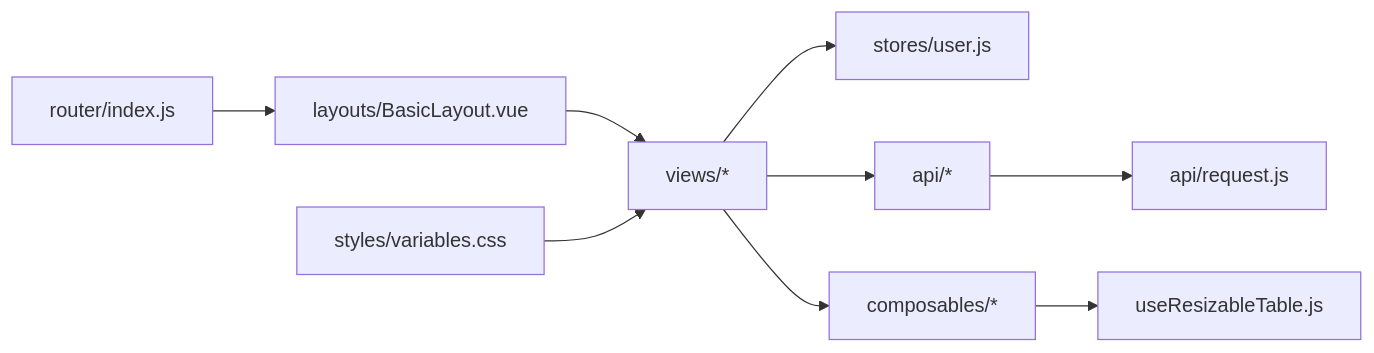
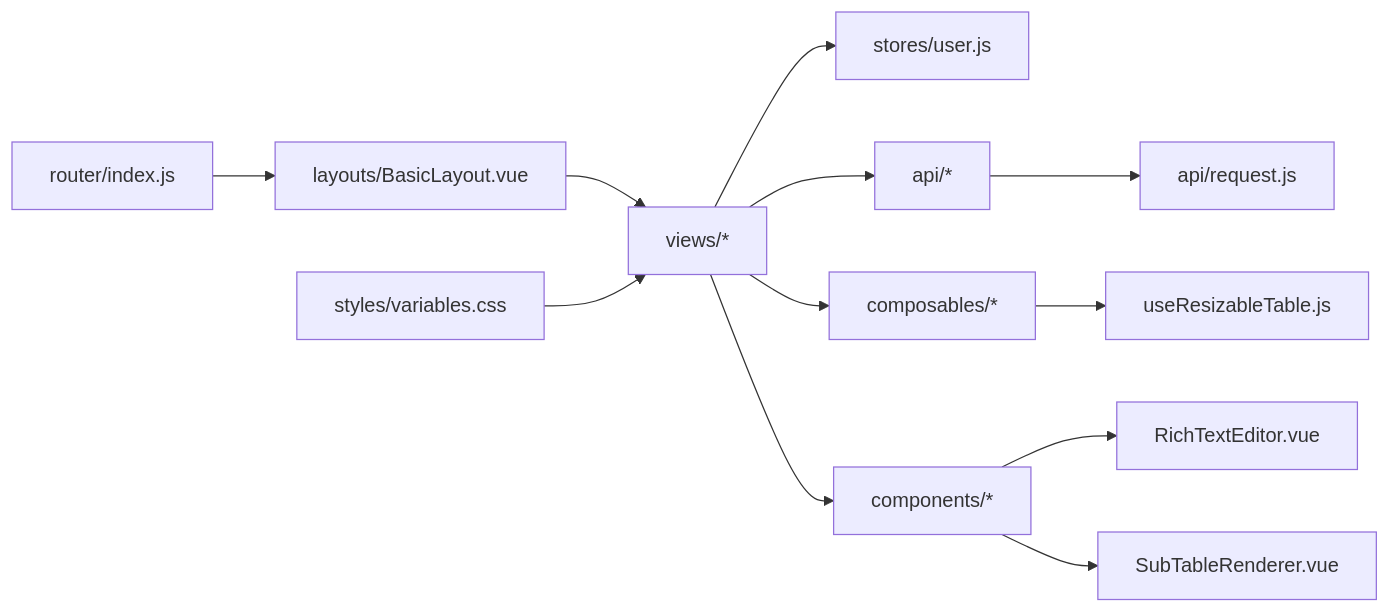
Before and after one commit to liming-lihaini/workflow: the sixth of 6 diagrams in .qoder/repowiki/zh/content/用户界面设计/组件设计规范.md, drawn with Mermaid. The commit also changed other lines of this file and 26 other files, not shown here.

````diff
--- a/.qoder/repowiki/zh/content/用户界面设计/组件设计规范.md
+++ b/.qoder/repowiki/zh/content/用户界面设计/组件设计规范.md
@@ -411,11 +679,14 @@
 ```mermaid
 graph LR
 Router["router/index.js"] --> Layout["layouts/BasicLayout.vue"]
 Layout --> Views["views/*"]
 Views --> Stores["stores/user.js"]
 Views --> Api["api/*"]
 Api --> Request["api/request.js"]
 Views --> Composables["composables/*"]
 Composables --> ResizableTable["useResizableTable.js"]
+Views --> Components["components/*"]
+Components --> RichTextEditor["RichTextEditor.vue"]
+Components --> SubTableRenderer["SubTableRenderer.vue"]
 Styles["styles/variables.css"] --> Views
 ```
````
